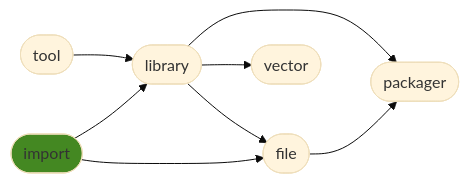
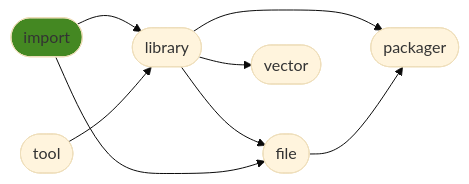
The diagram in README.md (ManderaGeneral/generalimport), drawn with Mermaid (base theme) before and after one commit. The commit also changed other lines of this file, not shown here.

````diff
--- a/README.md
+++ b/README.md
@@ -28,17 +28,17 @@
 ```mermaid
 flowchart LR
 2([library]) --> 5([packager])
+0([import]) --> 2([library])
 2([library]) --> 3([file])
+3([file]) --> 5([packager])
+2([library]) --> 4([vector])
+1([tool]) --> 2([library])
 0([import]) --> 3([file])
-2([library]) --> 4([vector])
-3([file]) --> 5([packager])
-1([tool]) --> 2([library])
-0([import]) --> 2([library])
 click 0 "https://github.com/ManderaGeneral/generalimport"
 click 1 "https://github.com/ManderaGeneral/generaltool"
 click 2 "https://github.com/ManderaGeneral/generallibrary"
 click 3 "https://github.com/ManderaGeneral/generalfile"
 click 4 "https://github.com/ManderaGeneral/generalvector"
 click 5 "https://github.com/ManderaGeneral/generalpackager"
 style 0 fill:#482
 ```
````
